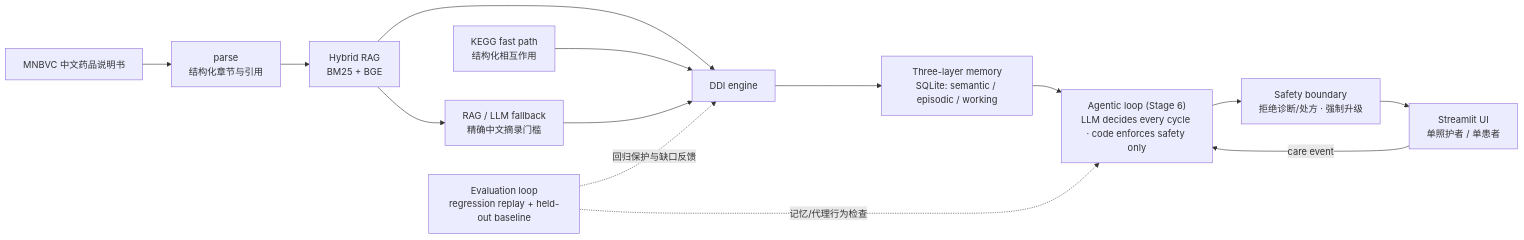
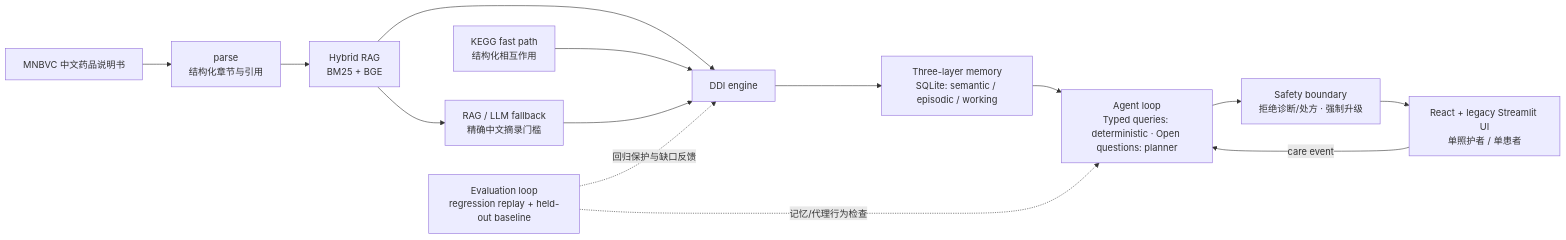
The diagram in README.md (qidaoyigeren/healthAssistant), drawn with Mermaid before and after one commit. The commit also changed other lines of this file and 116 other files, not shown here.

Commit message:
Docs: product roadmap, harness/product upgrade implementation and acceptance reports, README/DEMO updates

````diff
--- a/README.md
+++ b/README.md
@@ -15,16 +23,16 @@
 ```mermaid
 flowchart LR
     A["MNBVC 中文药品说明书"] --> B["parse<br/>结构化章节与引用"]
     B --> C["Hybrid RAG<br/>BM25 + BGE"]
     C --> D["DDI engine"]
     K["KEGG fast path<br/>结构化相互作用"] --> D
     C --> F["RAG / LLM fallback<br/>精确中文摘录门槛"]
     F --> D
     D --> M["Three-layer memory<br/>SQLite: semantic / episodic / working"]
-    M --> AG["Agentic loop (Stage 6)<br/>LLM decides every cycle · code enforces safety only"]
+    M --> AG["Agent loop<br/>Typed queries: deterministic · Open questions: planner"]
     AG --> S["Safety boundary<br/>拒绝诊断/处方 · 强制升级"]
-    S --> UI["Streamlit UI<br/>单照护者 / 单患者"]
+    S --> UI["React + legacy Streamlit UI<br/>单照护者 / 单患者"]
     UI -->|care event| AG
     E["Evaluation loop<br/>regression replay + held-out baseline"] -. "回归保护与缺口反馈" .-> D
     E -. "记忆/代理行为检查" .-> AG
 ```
````
